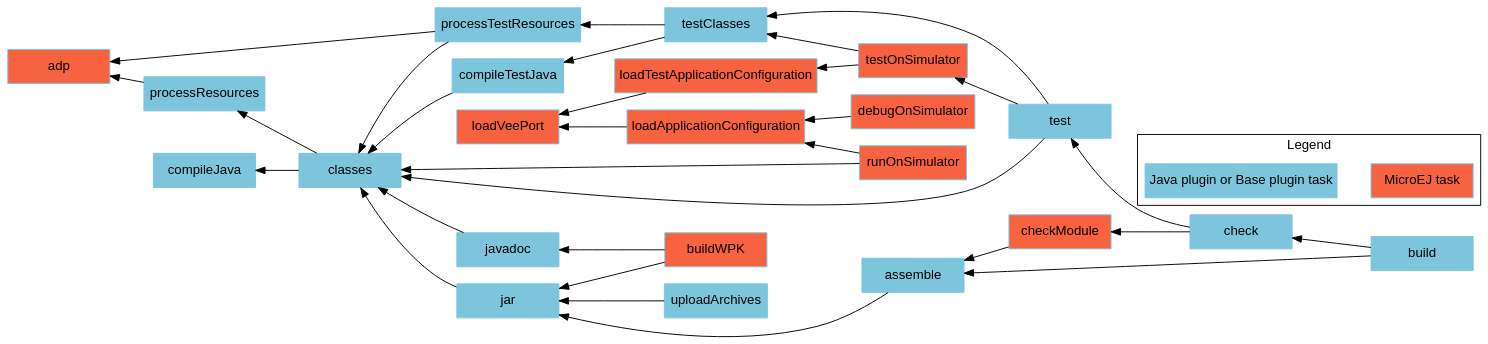
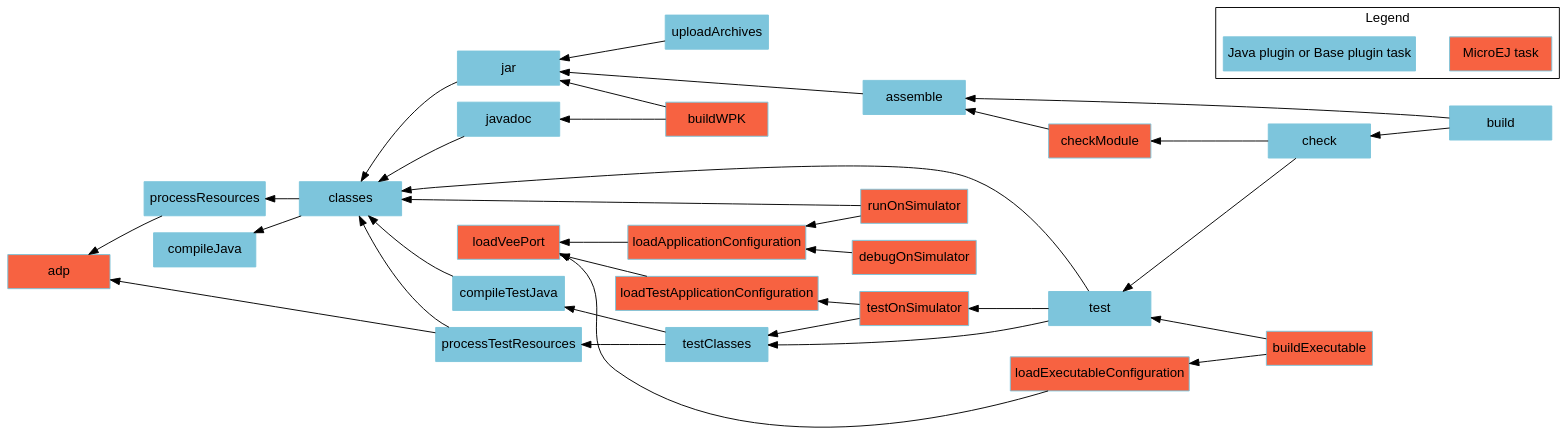
One commit to MicroEJ/docs changed the diagram in SDK6UserGuide/graphApplicationModule.dot. Above: the diagram before and after it, drawn with Graphviz. The commit also changed 1 other file, not shown here.

Commit message:
add buildExecutable in the Application graph and fix veePort properties

```diff
--- a/SDK6UserGuide/graphApplicationModule.dot
+++ b/SDK6UserGuide/graphApplicationModule.dot
@@ -1,59 +1,64 @@
 digraph mygraph {
     rankdir="RL";
     bgcolor="transparent"
     fontname="Helvetica,Arial,sans-serif"
     node [
         shape = box
         width = 1.5
         color = "#7dc5dc"
         style = filled
         fontname="Helvetica,Arial,sans-serif"
     ]
     edge [fontname="Helvetica,Arial,sans-serif"]
     "adp" [fillcolor = "#f76241"]
     "checkModule" [fillcolor = "#f76241"]
     "loadVeePort" [fillcolor = "#f76241"]
     "loadApplicationConfiguration" [fillcolor = "#f76241"]
+    "loadExecutableConfiguration" [fillcolor = "#f76241"] 
     "loadTestApplicationConfiguration" [fillcolor = "#f76241"]
     "runOnSimulator" [fillcolor = "#f76241"]
     "debugOnSimulator" [fillcolor = "#f76241"]
     "testOnSimulator" [fillcolor = "#f76241"]
     "buildWPK" [fillcolor = "#f76241"]
+    "buildExecutable" [fillcolor = "#f76241"]
     "build" -> "check"
     "check" -> "test"
     "test" -> "testOnSimulator"
     "test" -> "classes"
     "test" -> "testClasses"
     "testOnSimulator" -> "testClasses"
     "testOnSimulator" -> "loadTestApplicationConfiguration"
     "testClasses" -> "compileTestJava"
     "testClasses" -> "processTestResources"
     "loadTestApplicationConfiguration" -> "loadVeePort"
     "processResources" -> "adp"
     "processTestResources" -> "adp"
     "processTestResources" -> "classes"
     "compileTestJava" -> "classes"
     "javadoc" -> "classes"
     "classes" -> "compileJava"
     "classes" -> "processResources"
     "build" -> "assemble"
     "assemble" -> "jar"
     "uploadArchives" -> "jar"
     "jar" -> "classes"
     "runOnSimulator" -> "classes"
     "runOnSimulator" -> "loadApplicationConfiguration"
     "debugOnSimulator" -> "loadApplicationConfiguration"
     "loadApplicationConfiguration" -> "loadVeePort"
     "checkModule" -> "assemble"
     "check" -> "checkModule"
     "buildWPK" -> "jar"
     "buildWPK" -> "javadoc"
+    "buildExecutable" -> "test"
+    "buildExecutable" -> "loadExecutableConfiguration"
+    "loadExecutableConfiguration" -> "loadVeePort"
 
     subgraph cluster_legend {
         label="Legend";
         microej [fillcolor="#f76241" label="MicroEJ task"];
         java [fillcolor="#7dc5dc" label="Java plugin or Base plugin task"];
         microej -> java [style=invis];
         java -> microej [style=invis];
     }
 }
```
